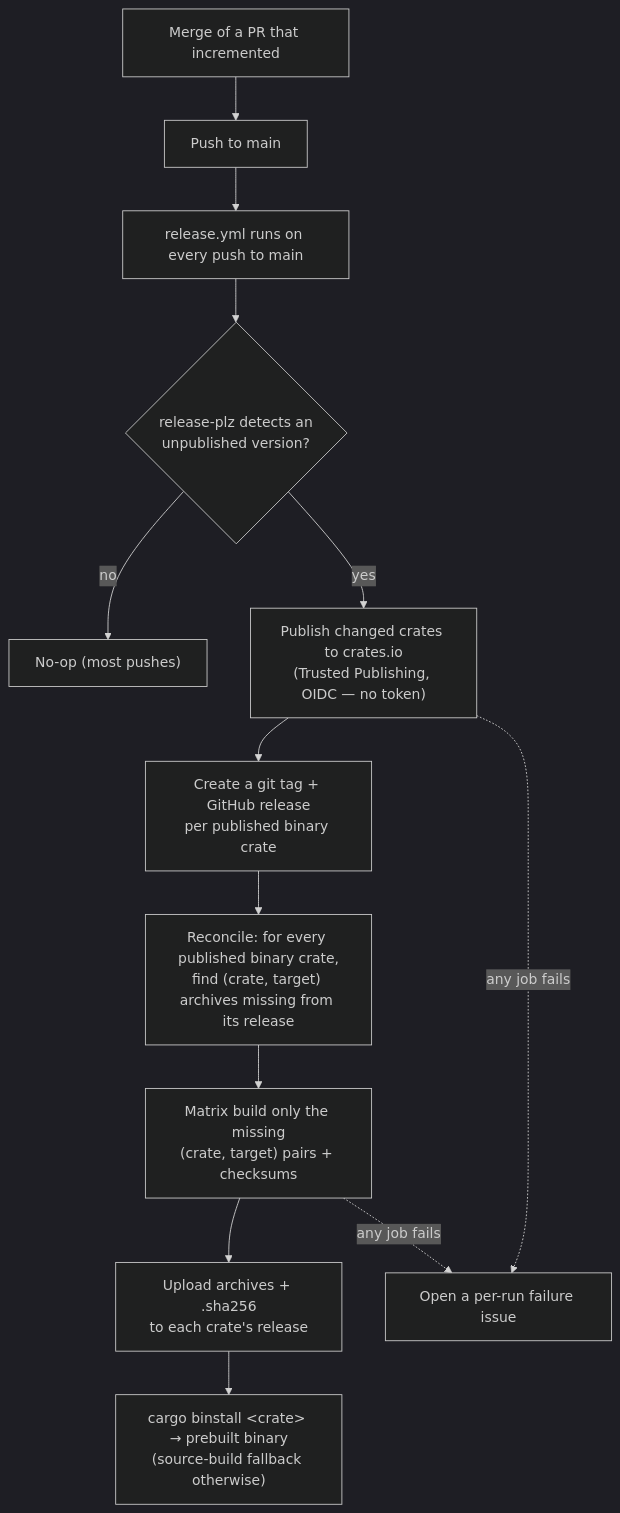
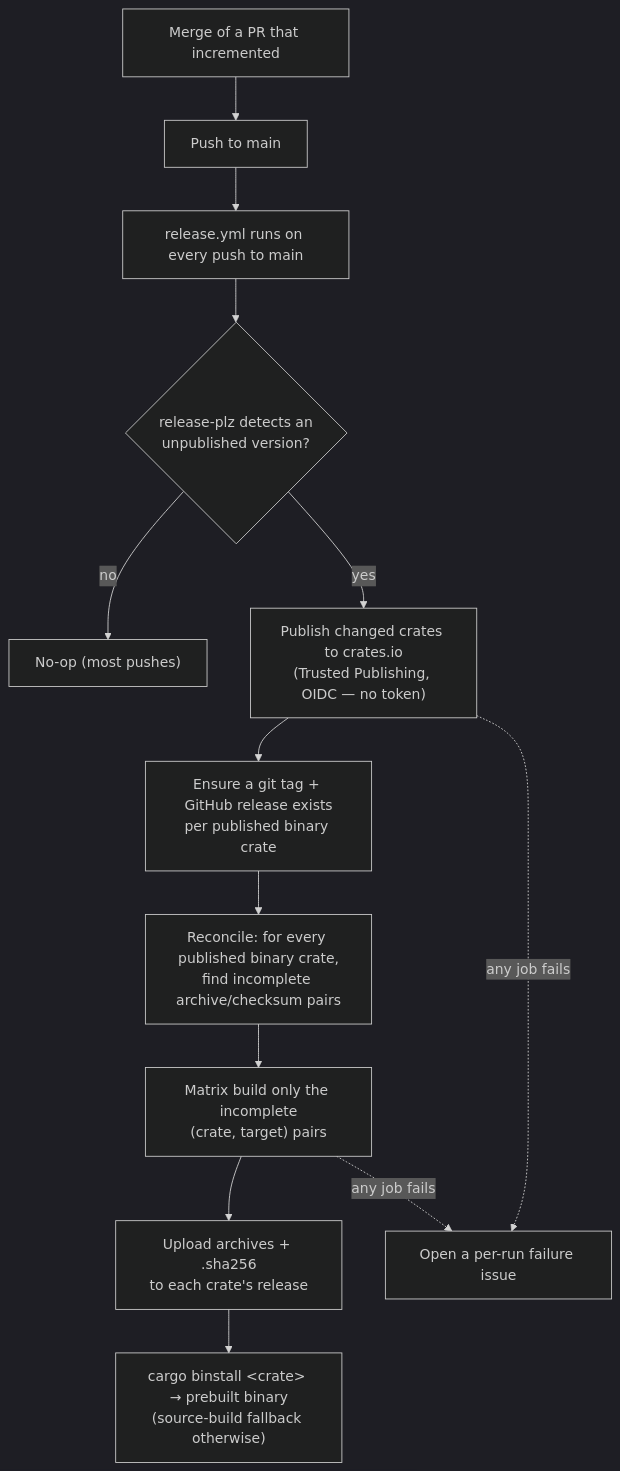
One commit to sandersaares/folo changed the diagram in docs/release-automation.md. Above: the diagram before and after it, drawn with Mermaid (dark theme). The commit also changed other lines of this file and 19 other files, not shown here.

````diff
--- a/docs/release-automation.md
+++ b/docs/release-automation.md
@@ -26,15 +26,15 @@
 ```mermaid
 flowchart TD
     A["Merge of a PR that incremented"] --> B["Push to main"]
     B --> C["release.yml runs on every push to main"]
     C --> D{"release-plz detects an<br/>unpublished version?"}
     D -- no --> Z["No-op (most pushes)"]
     D -- yes --> E["Publish changed crates to crates.io<br/>(Trusted Publishing, OIDC — no token)"]
-    E --> F["Create a git tag + GitHub release<br/>per published binary crate"]
-    F --> G["Reconcile: for every published binary crate,<br/>find (crate, target) archives missing from its release"]
-    G --> H["Matrix build only the missing<br/>(crate, target) pairs + checksums"]
+    E --> F["Ensure a git tag + GitHub release exists<br/>per published binary crate"]
+    F --> G["Reconcile: for every published binary crate,<br/>find incomplete archive/checksum pairs"]
+    G --> H["Matrix build only the incomplete<br/>(crate, target) pairs"]
     H --> I["Upload archives + .sha256<br/>to each crate's release"]
     I --> J["cargo binstall &lt;crate&gt; → prebuilt binary<br/>(source-build fallback otherwise)"]
     E -. any job fails .-> K["Open a per-run failure issue"]
     H -. any job fails .-> K
 ```
````
